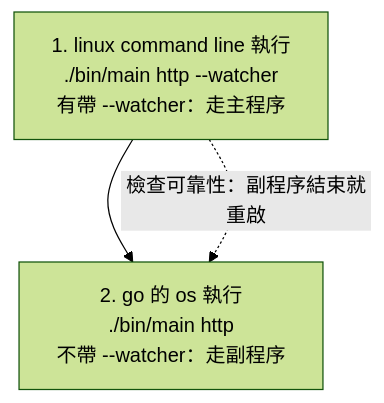
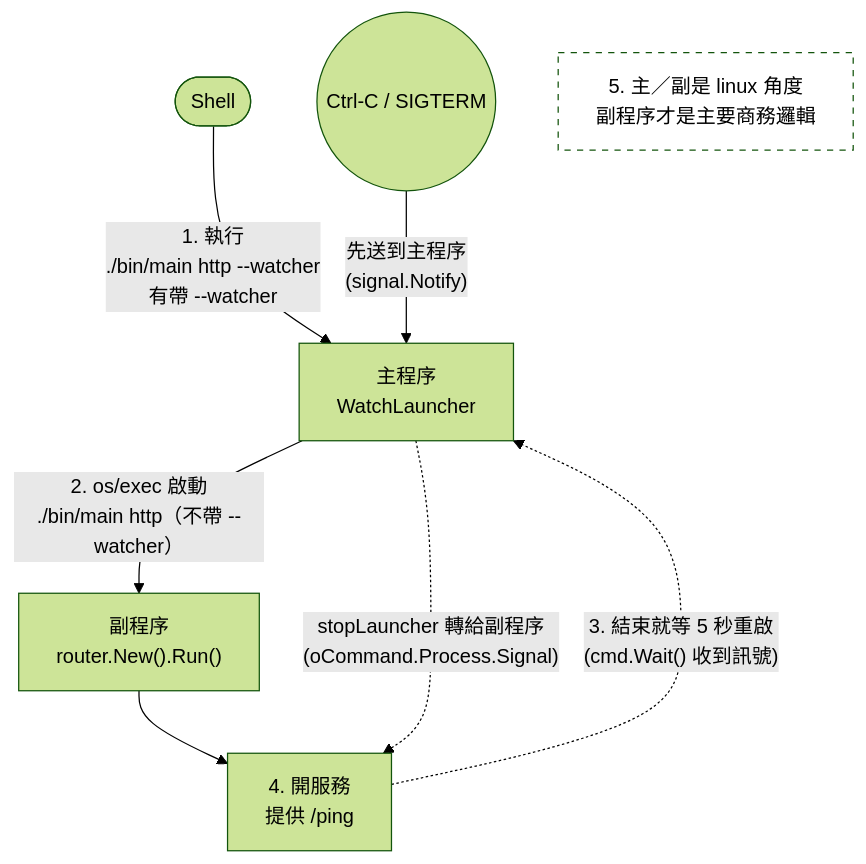
One commit to doroke7/landan-sample-golang changed the diagram in launcher_watcher/README.md. Above: the diagram before and after it, drawn with Mermaid (forest theme). The commit also changed other lines of this file and 1 other file, not shown here.

````diff
--- a/launcher_watcher/README.md
+++ b/launcher_watcher/README.md
@@ -27,8 +9,15 @@
 ```mermaid
 flowchart TD
-    A["1. linux command line 執行<br/>./bin/main http --watcher<br/>有帶 --watcher：走主程序"]
-    B["2. go 的 os 執行<br/>./bin/main http<br/>不帶 --watcher：走副程序"]
+    S(["Shell"]) -- "1. 執行<br/>./bin/main http --watcher<br/>有帶 --watcher" --> B["主程序<br/>WatchLauncher"]
+    B -- "2. os/exec 啟動<br/>./bin/main http（不帶 --watcher）" --> C["副程序<br/>router.New().Run()"]
+    C --> D["4. 開服務<br/>提供 /ping"]
 
-    A --> B
-    A -. "檢查可靠性：副程序結束就重啟" .-> B
+    D -. "3. 結束就等 5 秒重啟<br/>(cmd.Wait() 收到訊號)" .-> B
+
+    E(("Ctrl-C / SIGTERM")) -- "先送到主程序<br/>(signal.Notify)" --> B
+    B -. "stopLauncher 轉給副程序<br/>(oCommand.Process.Signal)" .-> D
+
+    N["5. 主／副是 linux 角度<br/>副程序才是主要商務邏輯"]
+
+    style N fill:none,stroke-dasharray: 5 5
 ```
````
